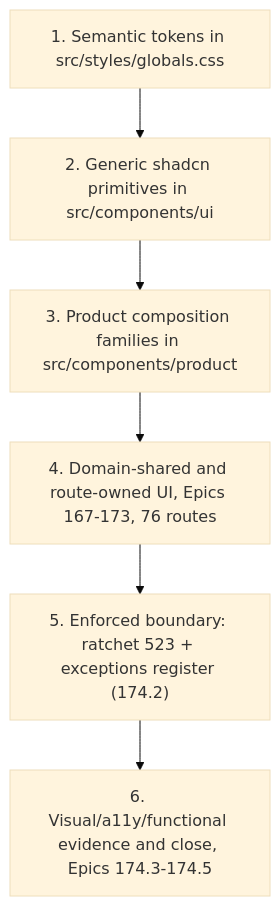
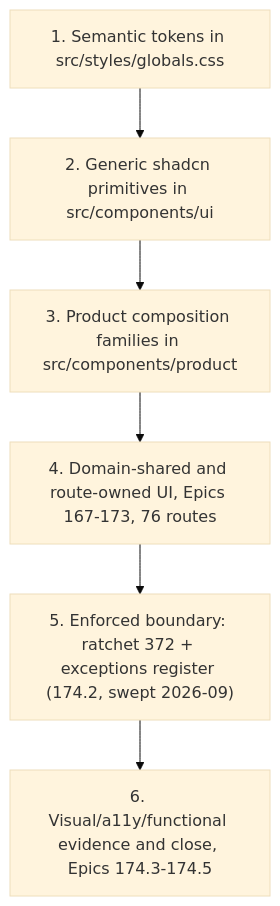
The first of 2 diagrams in openwiki/design-system.md (salacoste/wb-erp-system-daytona-FE), drawn with Mermaid (base theme) before and after one commit. The commit also changed other lines of this file and 18 other files, not shown here.

````diff
--- a/openwiki/design-system.md
+++ b/openwiki/design-system.md
@@ -145,8 +162,8 @@
 ```mermaid
 flowchart TD
   TOKENS["1. Semantic tokens in src/styles/globals.css"] --> PRIM["2. Generic shadcn primitives in src/components/ui"]
   PRIM --> COMP["3. Product composition families in src/components/product"]
   COMP --> DOMAIN["4. Domain-shared and route-owned UI, Epics 167-173, 76 routes"]
-  DOMAIN --> ENF["5. Enforced boundary: ratchet 523 + exceptions register (174.2)"]
+  DOMAIN --> ENF["5. Enforced boundary: ratchet 372 + exceptions register (174.2, swept 2026-09)"]
   ENF --> AUDIT["6. Visual/a11y/functional evidence and close, Epics 174.3-174.5"]
 ```
````
